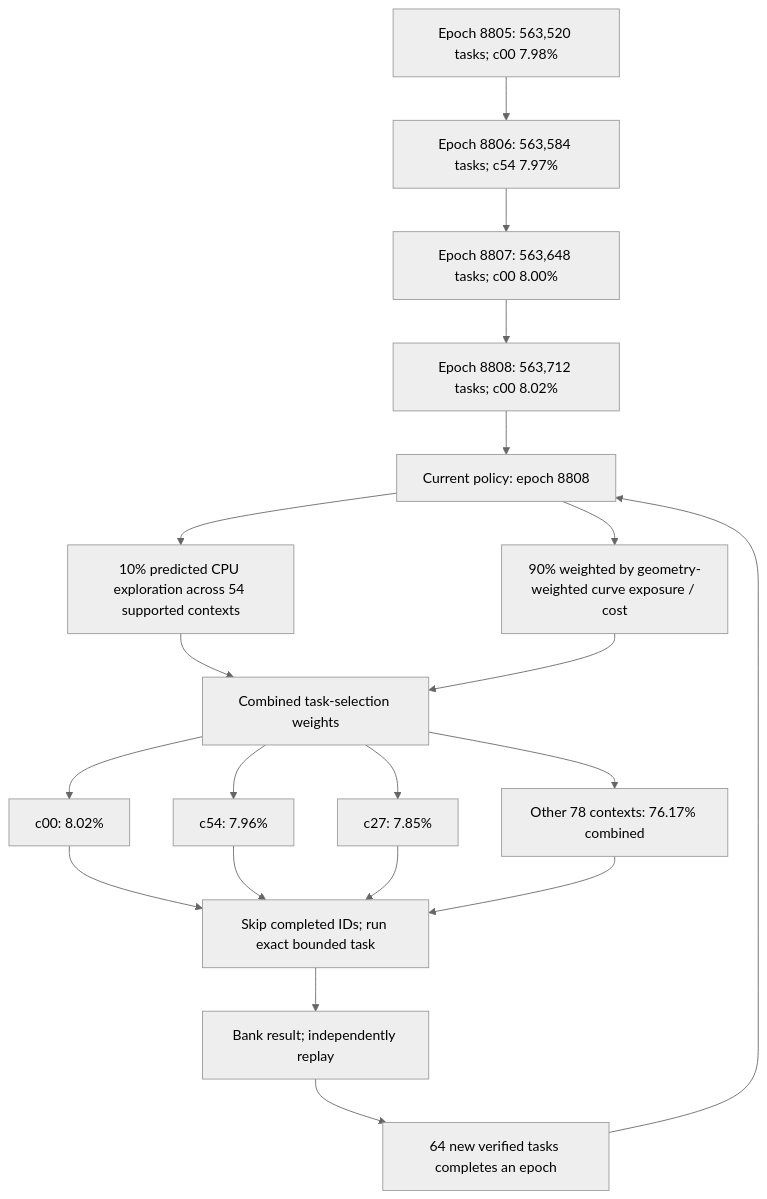
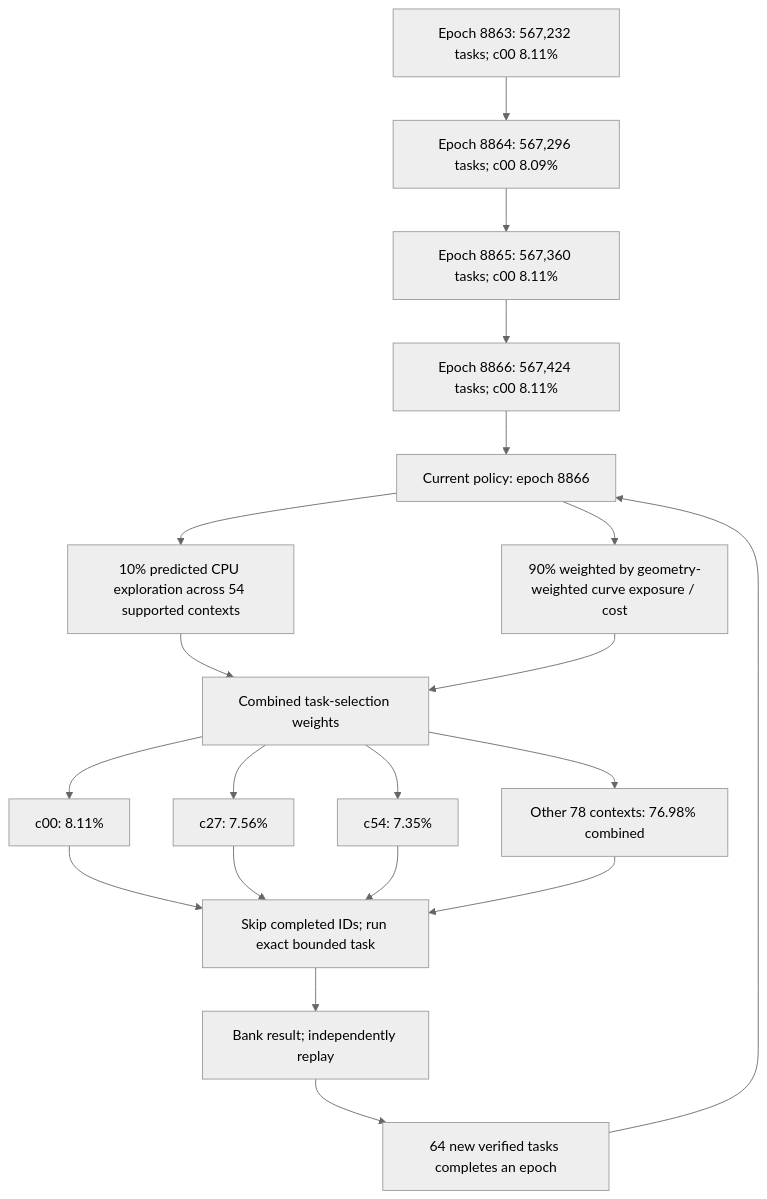
One commit to Kuberwastaken/math-gambling changed the first of 4 diagrams in README.md. Above: the diagram before and after it, drawn with Mermaid (neutral theme). The commit also changed other lines of this file and 7751 other files, not shown here.

````diff
--- a/README.md
+++ b/README.md
@@ -60,27 +60,27 @@
 ```mermaid
 flowchart TD
-    H0["Epoch 8805: 563,520 tasks; c00 7.98%"]
-    H1["Epoch 8806: 563,584 tasks; c54 7.97%"]
+    H0["Epoch 8863: 567,232 tasks; c00 8.11%"]
+    H1["Epoch 8864: 567,296 tasks; c00 8.09%"]
     H0 --> H1
-    H2["Epoch 8807: 563,648 tasks; c00 8.00%"]
+    H2["Epoch 8865: 567,360 tasks; c00 8.11%"]
     H1 --> H2
-    H3["Epoch 8808: 563,712 tasks; c00 8.02%"]
+    H3["Epoch 8866: 567,424 tasks; c00 8.11%"]
     H2 --> H3
-    Policy["Current policy: epoch 8808"]
+    Policy["Current policy: epoch 8866"]
     H3 --> Policy
     Policy --> Explore["10% predicted CPU exploration across 54 supported contexts"]
     Policy --> Cost["90% weighted by geometry-weighted curve exposure / cost"]
     Explore --> Mix["Combined task-selection weights"]
     Cost --> Mix
-    Mix --> C0["c00: 8.02%"]
-    Mix --> C1["c54: 7.96%"]
-    Mix --> C2["c27: 7.85%"]
-    Mix --> Rest["Other 78 contexts: 76.17% combined"]
+    Mix --> C0["c00: 8.11%"]
+    Mix --> C1["c27: 7.56%"]
+    Mix --> C2["c54: 7.35%"]
+    Mix --> Rest["Other 78 contexts: 76.98% combined"]
     C0 --> Check["Skip completed IDs; run exact bounded task"]
     C1 --> Check
     C2 --> Check
     Rest --> Check
     Check --> Replay["Bank result; independently replay"]
     Replay --> Gate["64 new verified tasks completes an epoch"]
     Gate --> Policy
 ```
````
